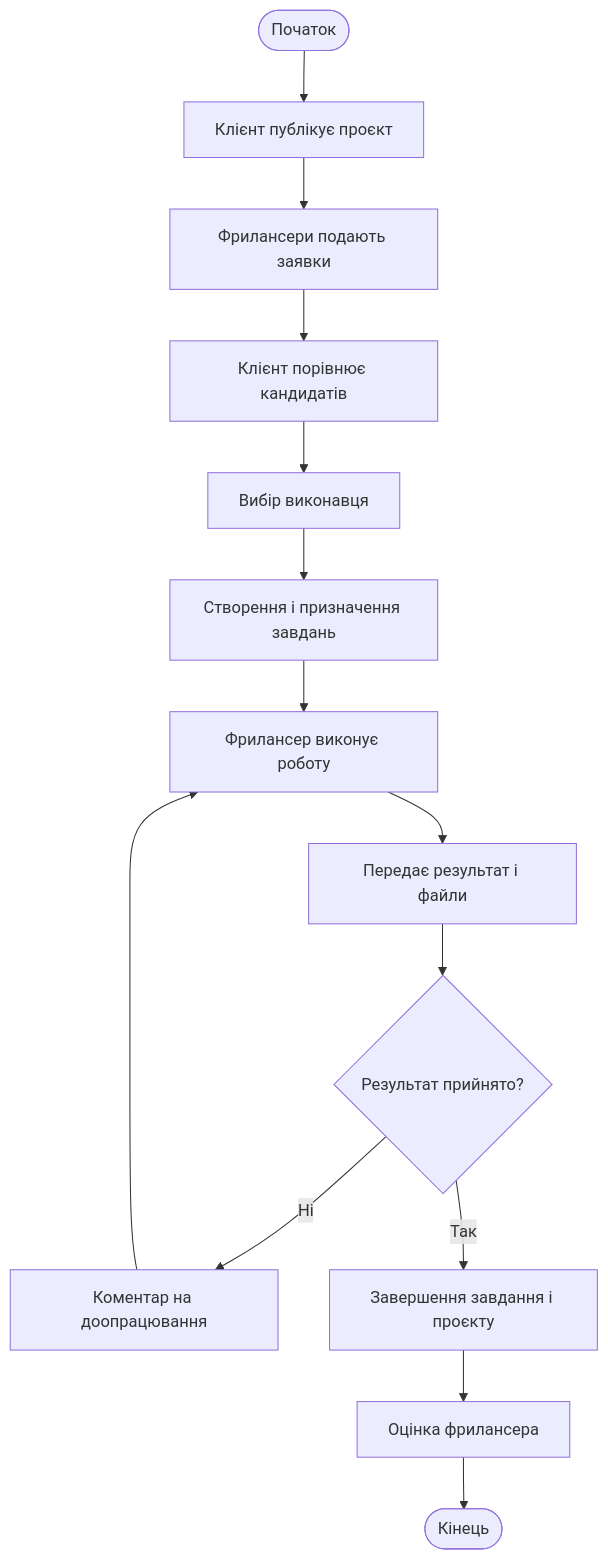
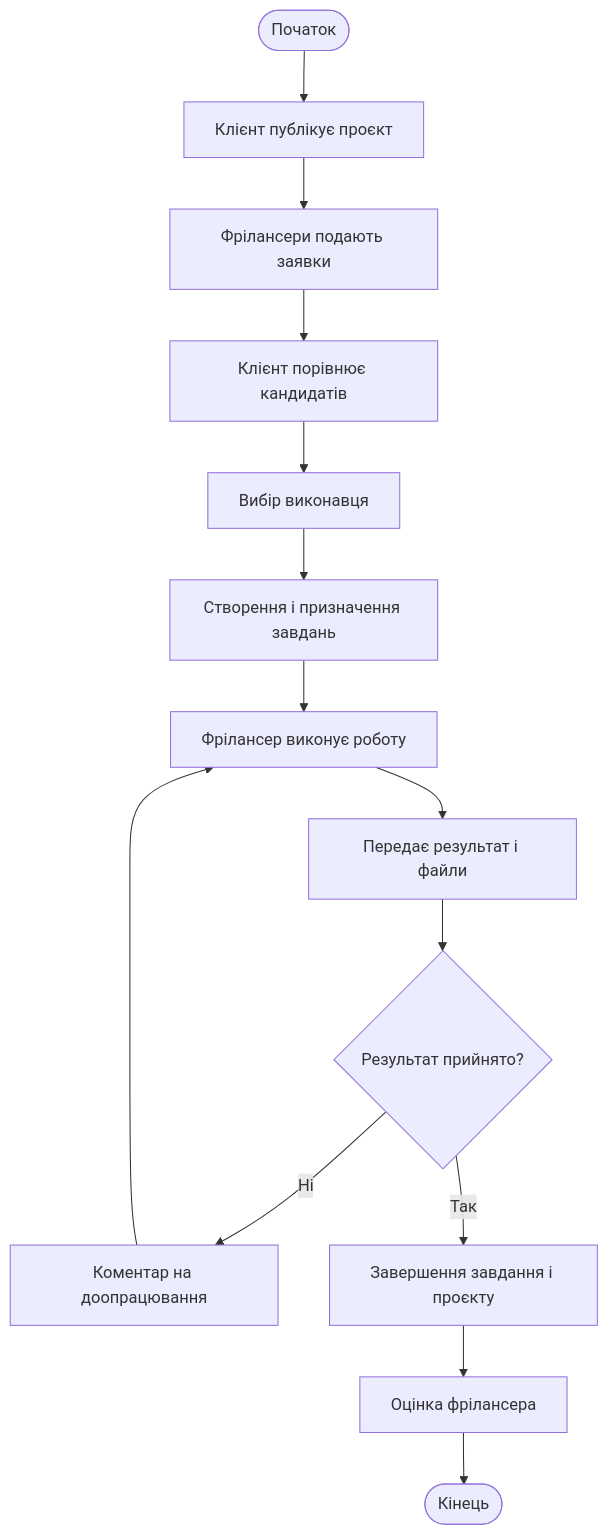
The diagram in docs/diagrams/activity-work.mmd (mievvchuk/Tasko.ai), drawn with Mermaid before and after one commit. The commit also changed 32 other files, not shown here.

```diff
--- a/docs/diagrams/activity-work.mmd
+++ b/docs/diagrams/activity-work.mmd
@@ -1,14 +1,14 @@
 flowchart TD
   A([Початок]) --> B[Клієнт публікує проєкт]
-  B --> C[Фрилансери подають заявки]
+  B --> C[Фрілансери подають заявки]
   C --> D[Клієнт порівнює кандидатів]
   D --> E[Вибір виконавця]
   E --> F[Створення і призначення завдань]
-  F --> G[Фрилансер виконує роботу]
+  F --> G[Фрілансер виконує роботу]
   G --> H[Передає результат і файли]
   H --> I{Результат прийнято?}
   I -- Ні --> J[Коментар на доопрацювання]
   J --> G
   I -- Так --> K[Завершення завдання і проєкту]
-  K --> L[Оцінка фрилансера]
+  K --> L[Оцінка фрілансера]
   L --> M([Кінець])
```
